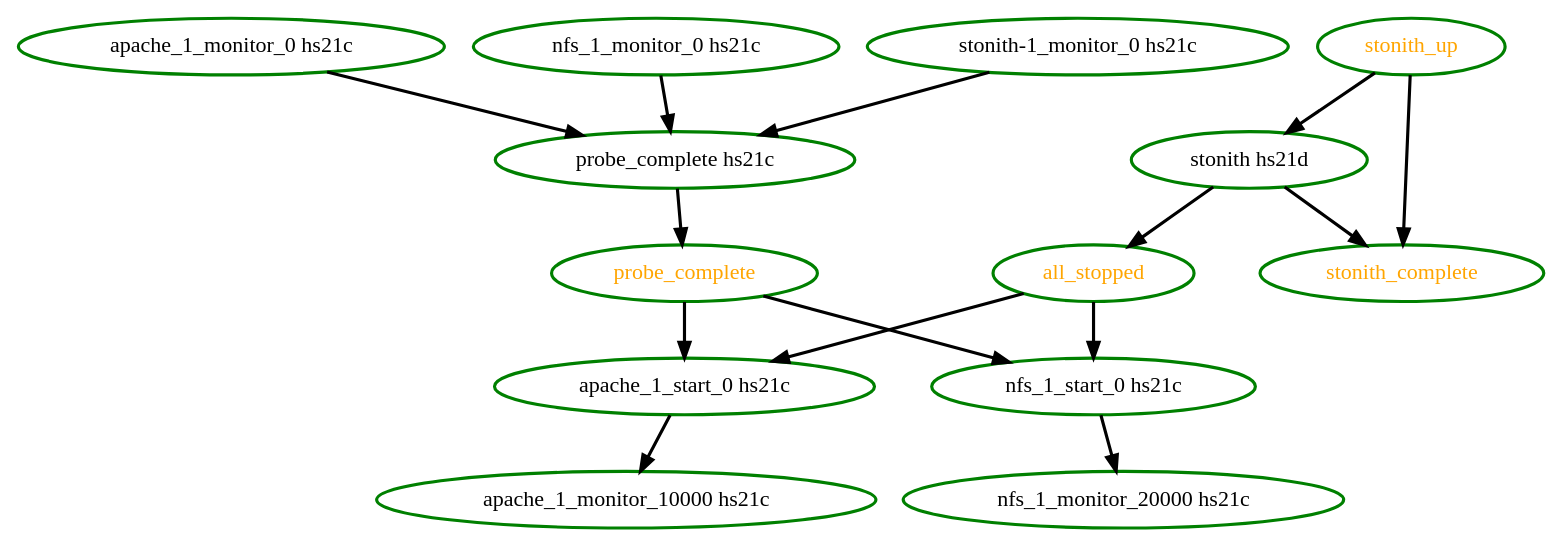
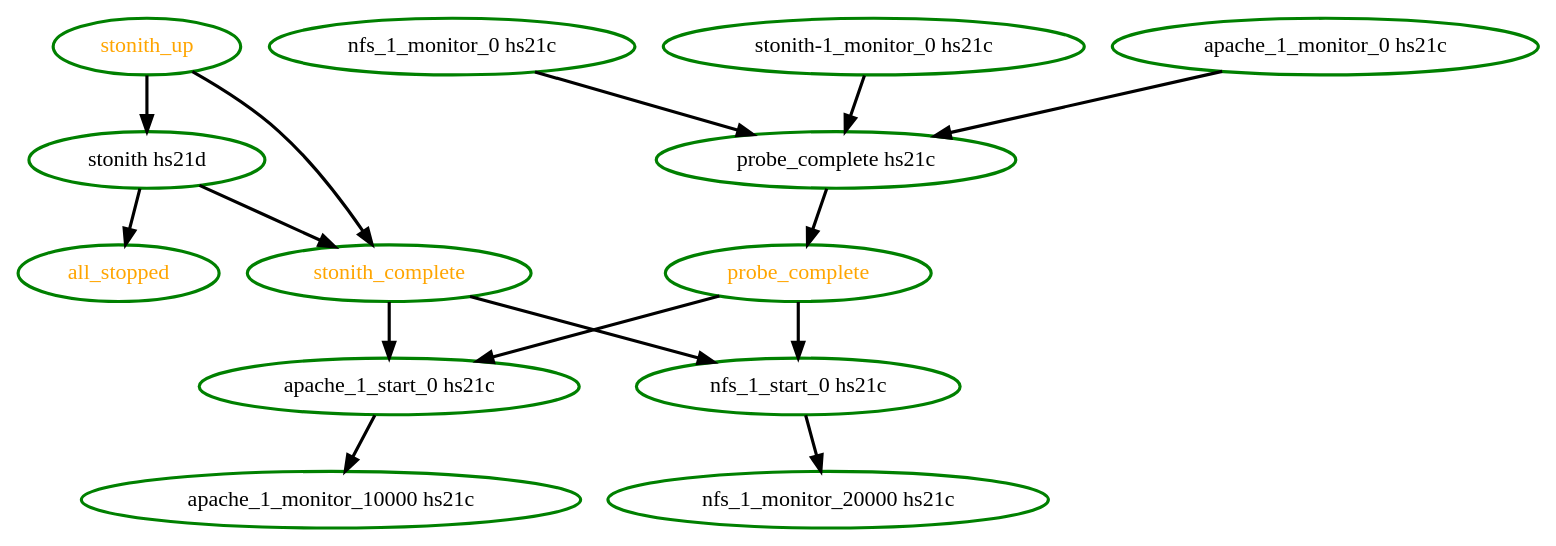
Before and after one commit to ClusterLabs/pacemaker: the diagram in pengine/test10/systemhealthp2.dot, drawn with Graphviz. The commit also changed 64 other files, not shown here.

```diff
--- a/pengine/test10/systemhealthp2.dot
+++ b/pengine/test10/systemhealthp2.dot
@@ -1,29 +1,29 @@
 digraph "g" {
-"all_stopped" -> "apache_1_start_0 hs21c" [ style = bold]
-"all_stopped" -> "nfs_1_start_0 hs21c" [ style = bold]
 "all_stopped" [ style=bold color="green" fontcolor="orange"  ]
 "apache_1_monitor_0 hs21c" -> "probe_complete hs21c" [ style = bold]
 "apache_1_monitor_0 hs21c" [ style=bold color="green" fontcolor="black"  ]
 "apache_1_monitor_10000 hs21c" [ style=bold color="green" fontcolor="black"  ]
 "apache_1_start_0 hs21c" -> "apache_1_monitor_10000 hs21c" [ style = bold]
 "apache_1_start_0 hs21c" [ style=bold color="green" fontcolor="black"  ]
 "nfs_1_monitor_0 hs21c" -> "probe_complete hs21c" [ style = bold]
 "nfs_1_monitor_0 hs21c" [ style=bold color="green" fontcolor="black"  ]
 "nfs_1_monitor_20000 hs21c" [ style=bold color="green" fontcolor="black"  ]
 "nfs_1_start_0 hs21c" -> "nfs_1_monitor_20000 hs21c" [ style = bold]
 "nfs_1_start_0 hs21c" [ style=bold color="green" fontcolor="black"  ]
 "probe_complete hs21c" -> "probe_complete" [ style = bold]
 "probe_complete hs21c" [ style=bold color="green" fontcolor="black"  ]
 "probe_complete" -> "apache_1_start_0 hs21c" [ style = bold]
 "probe_complete" -> "nfs_1_start_0 hs21c" [ style = bold]
 "probe_complete" [ style=bold color="green" fontcolor="orange"  ]
 "stonith hs21d" -> "all_stopped" [ style = bold]
 "stonith hs21d" -> "stonith_complete" [ style = bold]
 "stonith hs21d" [ style=bold color="green" fontcolor="black"  ]
 "stonith-1_monitor_0 hs21c" -> "probe_complete hs21c" [ style = bold]
 "stonith-1_monitor_0 hs21c" [ style=bold color="green" fontcolor="black"  ]
+"stonith_complete" -> "apache_1_start_0 hs21c" [ style = bold]
+"stonith_complete" -> "nfs_1_start_0 hs21c" [ style = bold]
 "stonith_complete" [ style=bold color="green" fontcolor="orange"  ]
 "stonith_up" -> "stonith hs21d" [ style = bold]
 "stonith_up" -> "stonith_complete" [ style = bold]
 "stonith_up" [ style=bold color="green" fontcolor="orange"  ]
 }
```
